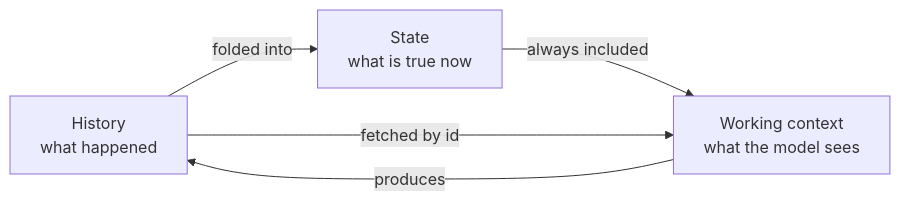
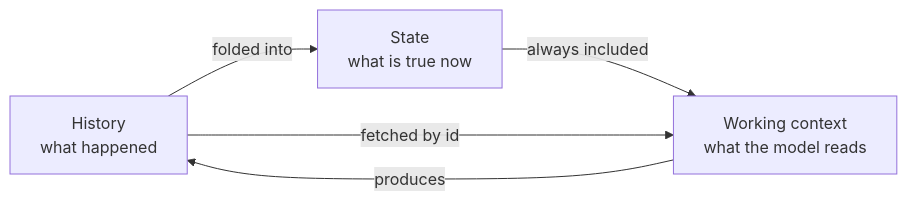
One commit to JaredTate/nerdgenie changed the second of 8 diagrams in COEUS.md. Above: the diagram before and after it, drawn with Mermaid. The commit also changed other lines of this file and 1 other file, not shown here.

````diff
--- a/COEUS.md
+++ b/COEUS.md
@@ -63,7 +52,7 @@
 ```mermaid
 flowchart LR
   H["History<br/>what happened"] -->|"folded into"| S["State<br/>what is true now"]
-  S -->|"always included"| W["Working context<br/>what the model sees"]
+  S -->|"always included"| W["Working context<br/>what the model reads"]
   H -->|"fetched by id"| W
   W -->|"produces"| H
 ```
````
